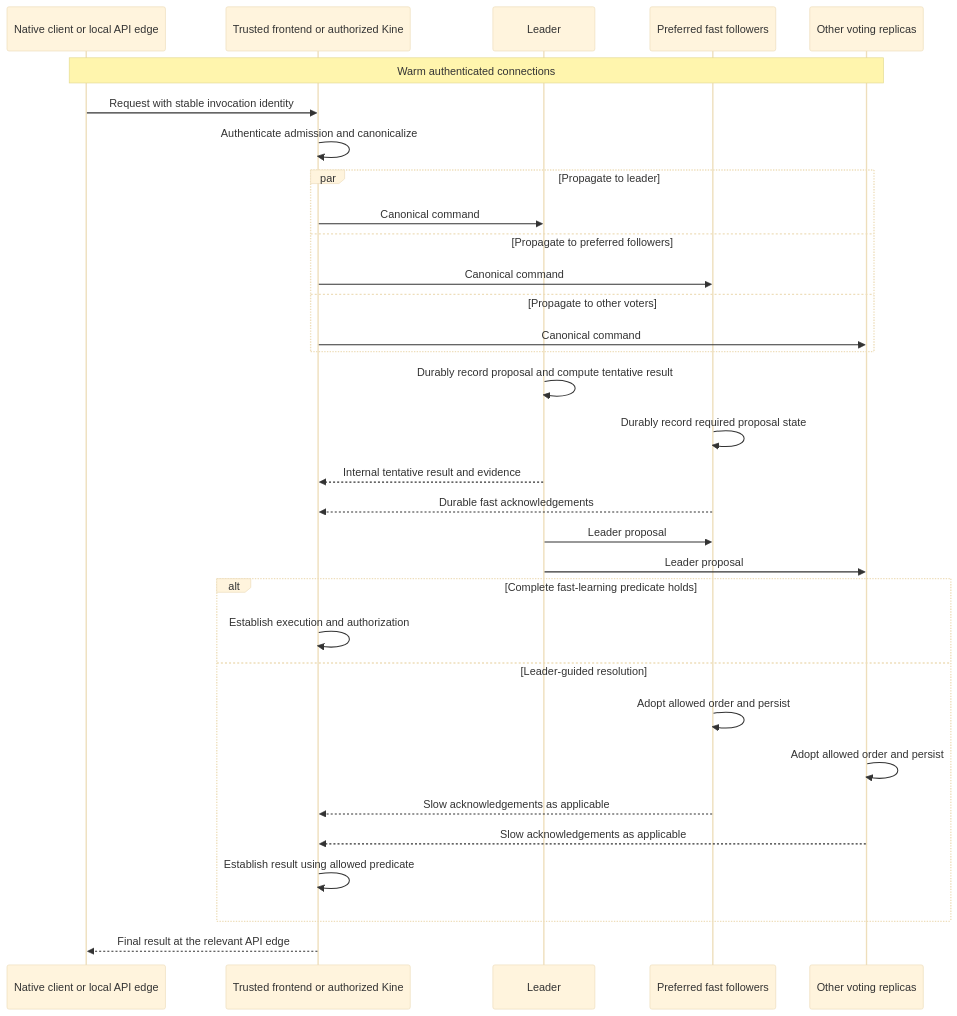
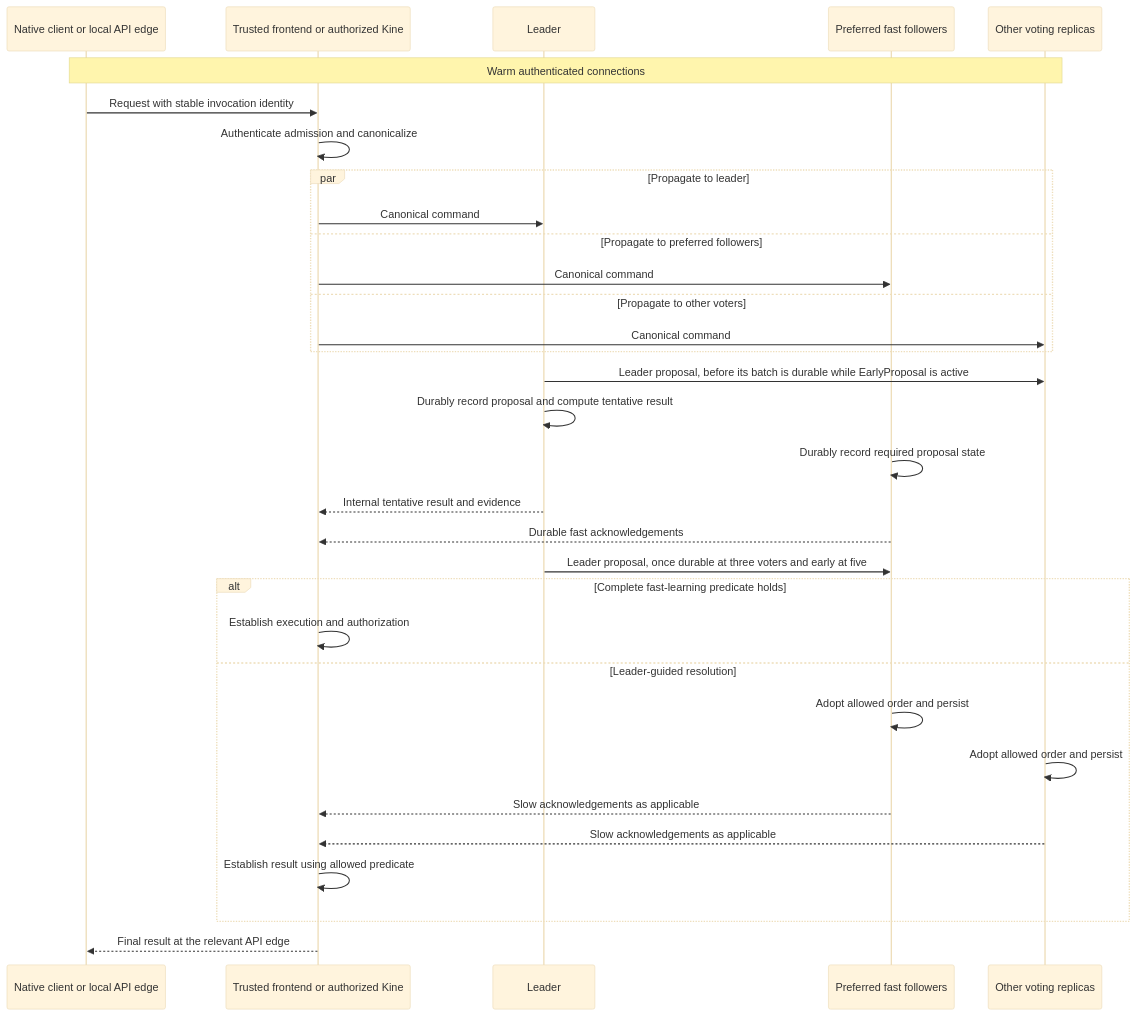
Before and after one commit to tuplesky/tuplesky: the second of 9 diagrams in docs/design/tuplesky-design.md, drawn with Mermaid (base theme). The commit also changed other lines of this file and 13 other files, not shown here.

````diff
--- a/docs/design/tuplesky-design.md
+++ b/docs/design/tuplesky-design.md
@@ -250,34 +250,34 @@
 ```mermaid
 sequenceDiagram
     participant U as Native client or local API edge
     participant G as Trusted frontend or authorized Kine
     participant L as Leader
     participant F as Preferred fast followers
     participant R as Other voting replicas
     Note over U,R: Warm authenticated connections
     U->>G: Request with stable invocation identity
     G->>G: Authenticate admission and canonicalize
     par Propagate to leader
         G->>L: Canonical command
     and Propagate to preferred followers
         G->>F: Canonical command
     and Propagate to other voters
         G->>R: Canonical command
     end
+    L->>R: Leader proposal, before its batch is durable while EarlyProposal is active
     L->>L: Durably record proposal and compute tentative result
     F->>F: Durably record required proposal state
     L-->>G: Internal tentative result and evidence
     F-->>G: Durable fast acknowledgements
-    L->>F: Leader proposal
-    L->>R: Leader proposal
+    L->>F: Leader proposal, once durable at three voters and early at five
     alt Complete fast-learning predicate holds
         G->>G: Establish execution and authorization
     else Leader-guided resolution
         F->>F: Adopt allowed order and persist
         R->>R: Adopt allowed order and persist
         F-->>G: Slow acknowledgements as applicable
         R-->>G: Slow acknowledgements as applicable
         G->>G: Establish result using allowed predicate
     end
     G-->>U: Final result at the relevant API edge
 ```
````
